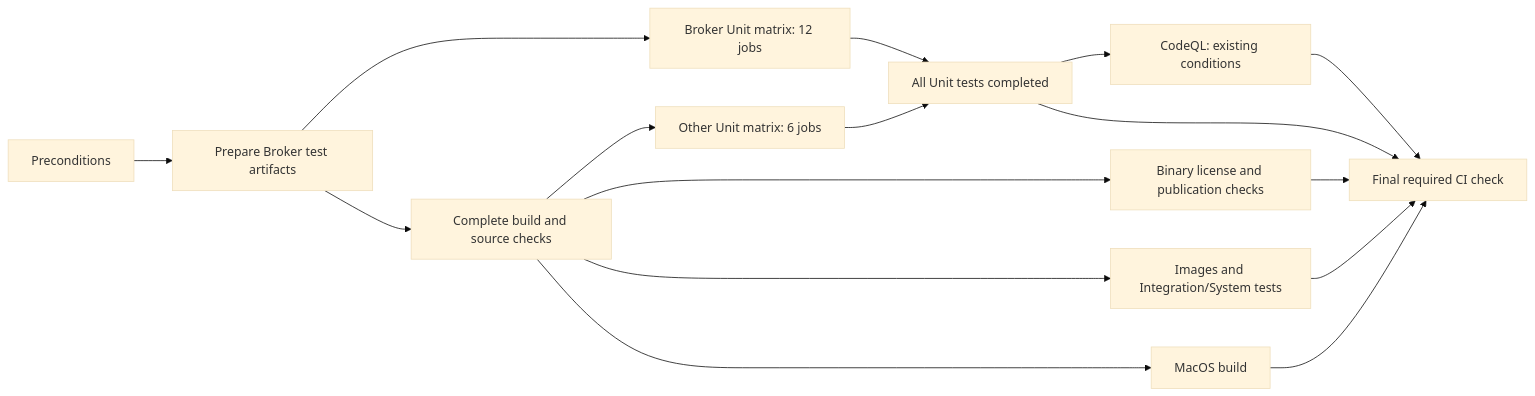
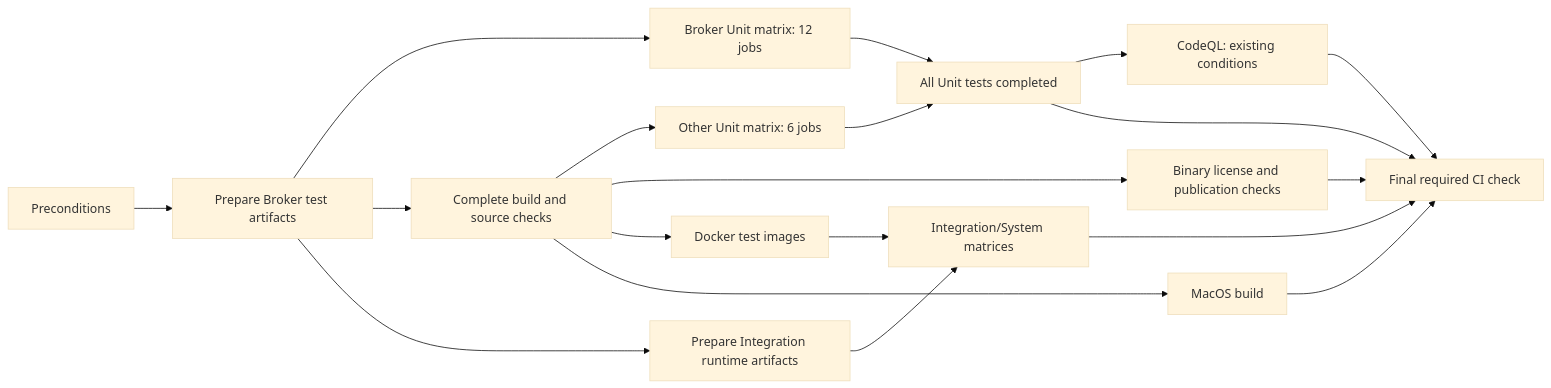
One commit to void-ptr974/pulsar changed the diagram in .github/workflows/README.md. Above: the diagram before and after it, drawn with Mermaid (base theme). The commit also changed other lines of this file and 5 other files, not shown here.

First line of the commit message:
[improve][build] Share lean integration test artifacts in CI

````diff
--- a/.github/workflows/README.md
+++ b/.github/workflows/README.md
@@ -61,18 +61,21 @@
 ```mermaid
 flowchart LR
     P[Preconditions] --> B[Prepare Broker test artifacts]
     B --> U[Broker Unit matrix: 12 jobs]
     B --> A[Complete build and source checks]
+    B --> L[Prepare Integration runtime artifacts]
     A --> O[Other Unit matrix: 6 jobs]
     A --> V[Binary license and publication checks]
-    A --> I[Images and Integration/System tests]
+    A --> D[Docker test images]
+    D --> I[Integration/System matrices]
+    L --> I
     A --> M[MacOS build]
     U --> G[All Unit tests completed]
     O --> G
     G --> Q[CodeQL: existing conditions]
     G --> F[Final required CI check]
     V --> F
     I --> F
     M --> F
     Q --> F
 ```
````
